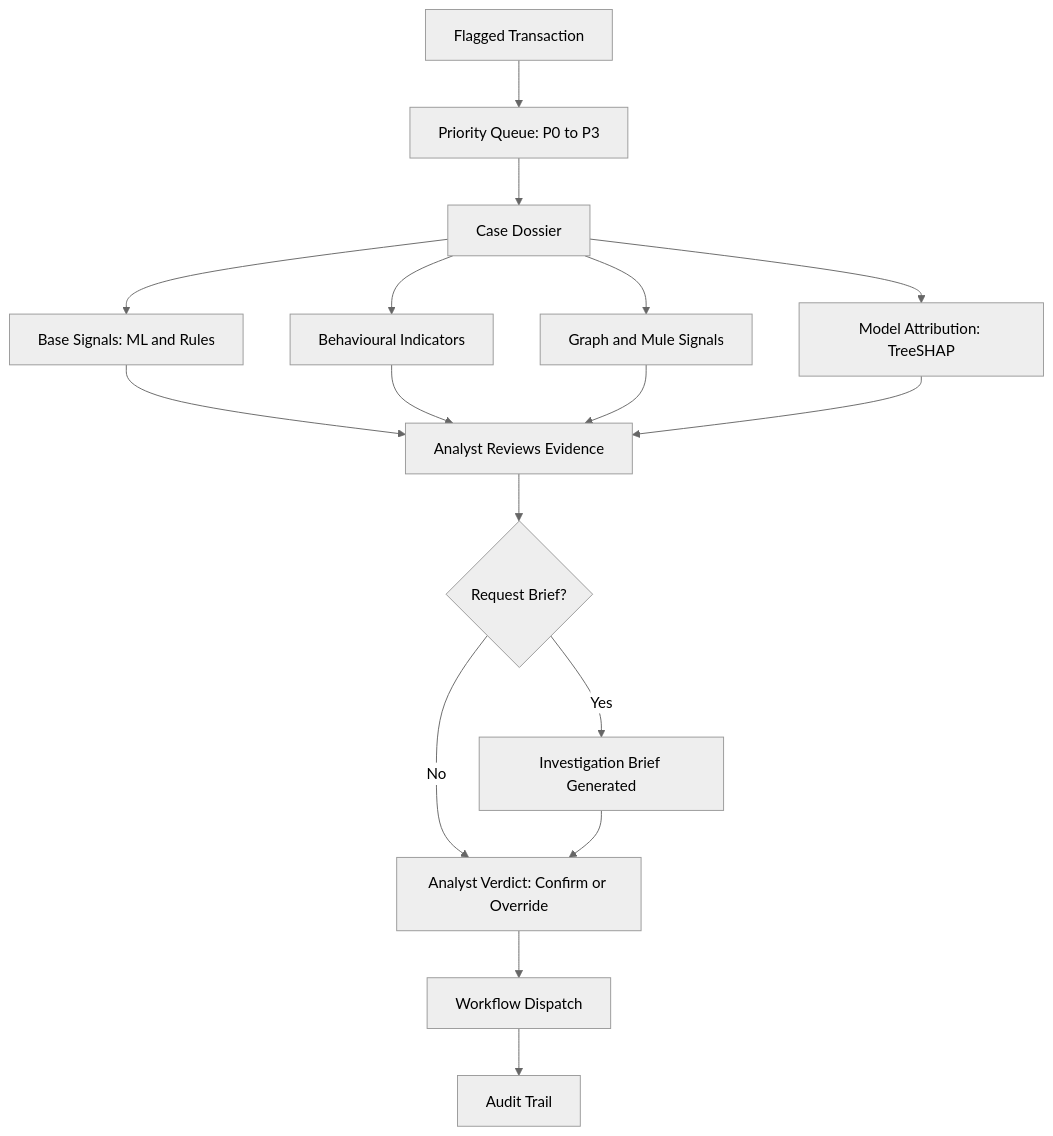
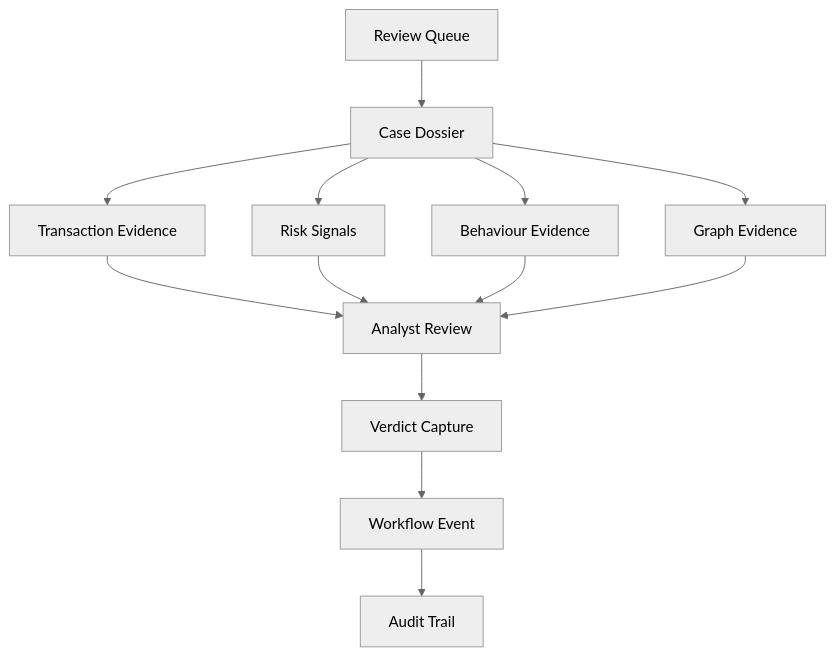
One commit to IjazKakkodDS/transaction-fraud-intelligence-console changed the third of 6 diagrams in README.md. Above: the diagram before and after it, drawn with Mermaid (neutral theme). The commit also changed other lines of this file, not shown here.

Commit message:
Simplify README Mermaid syntax

````diff
--- a/README.md
+++ b/README.md
@@ -287,19 +300,26 @@
 ```mermaid
-flowchart TD
-    A["Flagged Transaction"] --> B["Priority Queue: P0 to P3"]
-    B --> C["Case Dossier"]
-    C --> D["Base Signals: ML and Rules"]
-    C --> E["Behavioural Indicators"]
-    C --> F["Graph and Mule Signals"]
-    C --> G["Model Attribution: TreeSHAP"]
-    D --> H["Analyst Reviews Evidence"]
-    E --> H
-    F --> H
-    G --> H
-    H --> I{"Request Brief?"}
-    I -->|Yes| J["Investigation Brief Generated"]
-    I -->|No| K["Analyst Verdict: Confirm or Override"]
-    J --> K
-    K --> L["Workflow Dispatch"]
-    L --> M["Audit Trail"]
+graph TD
+A[Review Queue]
+B[Case Dossier]
+C[Transaction Evidence]
+D[Risk Signals]
+E[Behaviour Evidence]
+F[Graph Evidence]
+G[Analyst Review]
+H[Verdict Capture]
+I[Workflow Event]
+J[Audit Trail]
+
+A --> B
+B --> C
+B --> D
+B --> E
+B --> F
+C --> G
+D --> G
+E --> G
+F --> G
+G --> H
+H --> I
+I --> J
 ```
````
